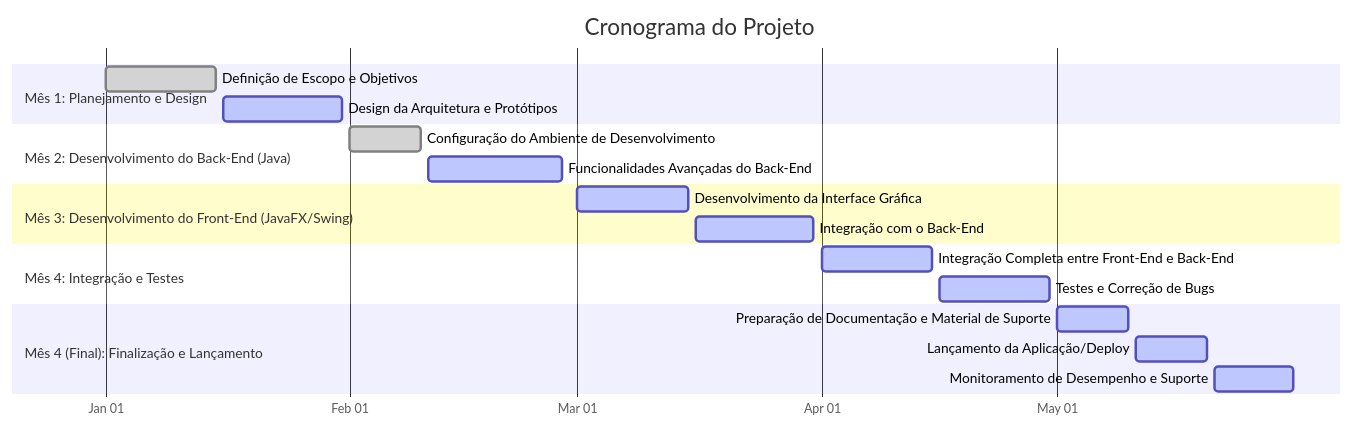
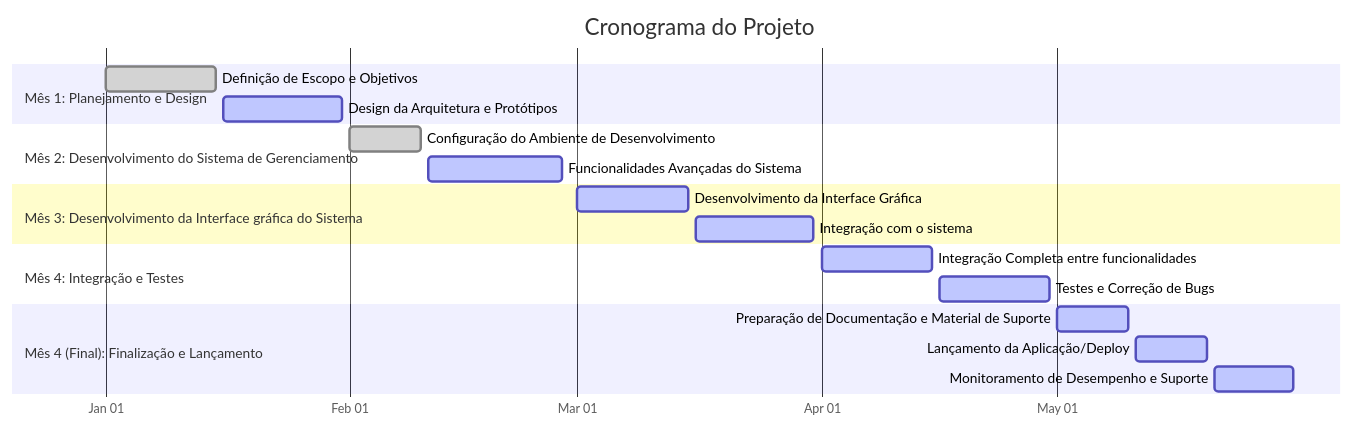
The first of 3 diagrams in README.md (ryangabriel27/projeto-java-imobiliaria), drawn with Mermaid before and after one commit. The commit also changed other lines of this file and 22 other files, not shown here.

````diff
--- a/README.md
+++ b/README.md
@@ -108,29 +168,29 @@
 ```mermaid
 gantt
     title Cronograma do Projeto
     dateFormat  YYYY-MM-DD
     axisFormat  %b %d
     todayMarker stroke-width: 2px,stroke: #ff0000,stroke-dasharray: 5, 5
 
     section Mês 1: Planejamento e Design
     Definição de Escopo e Objetivos      :done,    des1, 2024-01-01, 2024-01-15
     Design da Arquitetura e Protótipos   :active,  des2, 2024-01-16, 2024-01-31
 
-    section Mês 2: Desenvolvimento do Back-End (Java)
+    section Mês 2: Desenvolvimento do Sistema de Gerenciamento
     Configuração do Ambiente de Desenvolvimento :done, dev1, 2024-02-01, 2024-02-10
-    Funcionalidades Avançadas do Back-End      :active, dev2, 2024-02-11, 2024-02-28
+    Funcionalidades Avançadas do Sistema     :active, dev2, 2024-02-11, 2024-02-28
 
-    section Mês 3: Desenvolvimento do Front-End (JavaFX/Swing)
+    section Mês 3: Desenvolvimento da Interface gráfica do Sistema
     Desenvolvimento da Interface Gráfica       :active, fe1, 2024-03-01, 2024-03-15
-    Integração com o Back-End                  :active, fe2, 2024-03-16, 2024-03-31
+    Integração com o sistema                 :active, fe2, 2024-03-16, 2024-03-31
 
     section Mês 4: Integração e Testes
-    Integração Completa entre Front-End e Back-End :active, int1, 2024-04-01, 2024-04-15
+    Integração Completa entre funcionalidades :active, int1, 2024-04-01, 2024-04-15
     Testes e Correção de Bugs                     :active, int2, 2024-04-16, 2024-04-30
 
     section Mês 4 (Final): Finalização e Lançamento
     Preparação de Documentação e Material de Suporte :active, fin1, 2024-05-01, 2024-05-10
     Lançamento da Aplicação/Deploy                  :active, fin2, 2024-05-11, 2024-05-20
     Monitoramento de Desempenho e Suporte            :active, fin3, 2024-05-21, 2024-05-31
 
 ```
````
